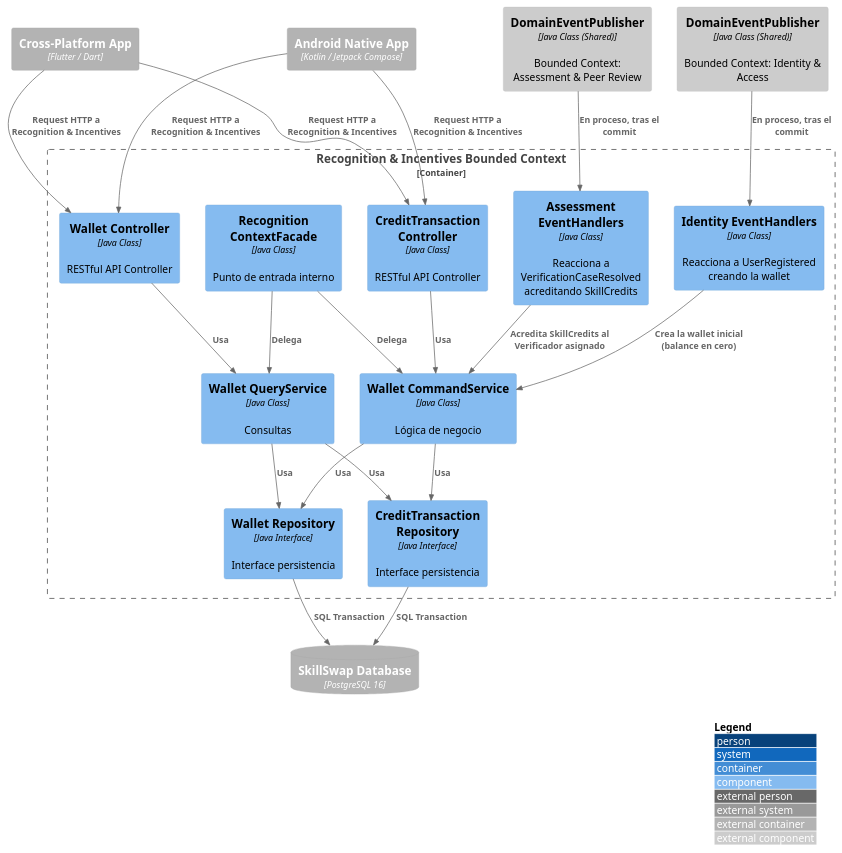
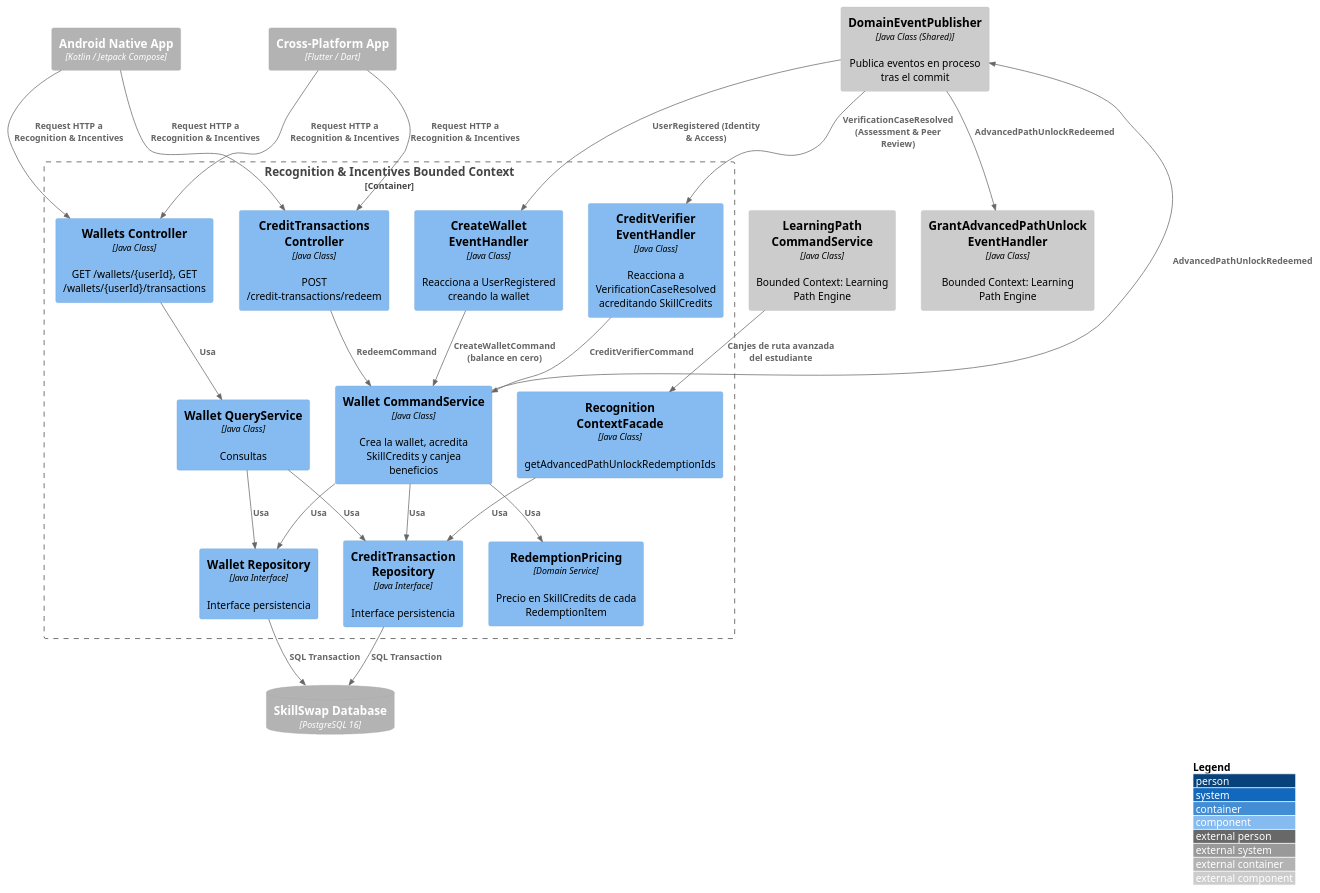
The diagram in DB&C4/Component Diagram — Payments & Wallet.puml (Aplicaciones-Dispositivos-Moviles/SkillSwap-ProjectReport), drawn with PlantUML before and after one commit. The commit also changed 49 other files, not shown here.

```diff
--- a/DB&C4/Component Diagram — Payments & Wallet.puml
+++ b/DB&C4/Component Diagram — Payments & Wallet.puml
@@ -1,49 +1,54 @@
 @startuml RecognitionIncentivesComponent
 !include https://raw.githubusercontent.com/plantuml-stdlib/C4-PlantUML/master/C4_Component.puml
 
 LAYOUT_WITH_LEGEND()
 
 Container_Ext(androidApp, "Android Native App", "Kotlin / Jetpack Compose")
 Container_Ext(flutterApp, "Cross-Platform App", "Flutter / Dart")
 ContainerDb_Ext(mainDB, "SkillSwap Database", "PostgreSQL 16")
 
 Container_Boundary(recognitionBC, "Recognition & Incentives Bounded Context") {
-    Component(walletController, "Wallet Controller", "Java Class", "RESTful API Controller")
-    Component(creditTransactionController, "CreditTransaction Controller", "Java Class", "RESTful API Controller")
-    Component(walletCommandService, "Wallet CommandService", "Java Class", "Lógica de negocio")
+    Component(walletController, "Wallets Controller", "Java Class", "GET /wallets/{userId}, GET /wallets/{userId}/transactions")
+    Component(creditTransactionController, "CreditTransactions Controller", "Java Class", "POST /credit-transactions/redeem")
+    Component(walletCommandService, "Wallet CommandService", "Java Class", "Crea la wallet, acredita SkillCredits y canjea beneficios")
     Component(walletQueryService, "Wallet QueryService", "Java Class", "Consultas")
-    Component(identityEventHandlers, "Identity EventHandlers", "Java Class", "Reacciona a UserRegistered creando la wallet")
-    Component(assessmentEventHandlers, "Assessment EventHandlers", "Java Class", "Reacciona a VerificationCaseResolved acreditando SkillCredits")
+    Component(redemptionPricing, "RedemptionPricing", "Domain Service", "Precio en SkillCredits de cada RedemptionItem")
+    Component(createWalletHandler, "CreateWallet EventHandler", "Java Class", "Reacciona a UserRegistered creando la wallet")
+    Component(creditVerifierHandler, "CreditVerifier EventHandler", "Java Class", "Reacciona a VerificationCaseResolved acreditando SkillCredits")
     Component(walletRepository, "Wallet Repository", "Java Interface", "Interface persistencia")
     Component(creditTransactionRepository, "CreditTransaction Repository", "Java Interface", "Interface persistencia")
-    Component(recognitionContextFacade, "Recognition ContextFacade", "Java Class", "Punto de entrada interno")
+    Component(recognitionContextFacade, "Recognition ContextFacade", "Java Class", "getAdvancedPathUnlockRedemptionIds")
 }
 
-Component_Ext(identityDomainEventPublisher, "DomainEventPublisher", "Java Class (Shared)", "Bounded Context: Identity & Access")
-Component_Ext(assessmentDomainEventPublisher, "DomainEventPublisher", "Java Class (Shared)", "Bounded Context: Assessment & Peer Review")
+Component_Ext(domainEventPublisher, "DomainEventPublisher", "Java Class (Shared)", "Publica eventos en proceso tras el commit")
+Component_Ext(grantUnlockHandler, "GrantAdvancedPathUnlock EventHandler", "Java Class", "Bounded Context: Learning Path Engine")
+Component_Ext(pathEngineCommandService, "LearningPath CommandService", "Java Class", "Bounded Context: Learning Path Engine")
 
 Rel(androidApp, walletController, "Request HTTP a Recognition & Incentives")
 Rel(flutterApp, walletController, "Request HTTP a Recognition & Incentives")
 Rel(androidApp, creditTransactionController, "Request HTTP a Recognition & Incentives")
 Rel(flutterApp, creditTransactionController, "Request HTTP a Recognition & Incentives")
 
 Rel(walletController, walletQueryService, "Usa")
-Rel(creditTransactionController, walletCommandService, "Usa")
+Rel(creditTransactionController, walletCommandService, "RedeemCommand")
 
+Rel(walletCommandService, redemptionPricing, "Usa")
 Rel(walletCommandService, walletRepository, "Usa")
 Rel(walletCommandService, creditTransactionRepository, "Usa")
 Rel(walletQueryService, walletRepository, "Usa")
 Rel(walletQueryService, creditTransactionRepository, "Usa")
 Rel(walletRepository, mainDB, "SQL Transaction")
 Rel(creditTransactionRepository, mainDB, "SQL Transaction")
 
-Rel(identityDomainEventPublisher, identityEventHandlers, "En proceso, tras el commit")
-Rel(identityEventHandlers, walletCommandService, "Crea la wallet inicial (balance en cero)")
+Rel(domainEventPublisher, createWalletHandler, "UserRegistered (Identity & Access)")
+Rel(createWalletHandler, walletCommandService, "CreateWalletCommand (balance en cero)")
+Rel(domainEventPublisher, creditVerifierHandler, "VerificationCaseResolved (Assessment & Peer Review)")
+Rel(creditVerifierHandler, walletCommandService, "CreditVerifierCommand")
 
-Rel(assessmentDomainEventPublisher, assessmentEventHandlers, "En proceso, tras el commit")
-Rel(assessmentEventHandlers, walletCommandService, "Acredita SkillCredits al Verificador asignado")
+Rel(walletCommandService, domainEventPublisher, "AdvancedPathUnlockRedeemed")
+Rel(domainEventPublisher, grantUnlockHandler, "AdvancedPathUnlockRedeemed")
 
-Rel(recognitionContextFacade, walletCommandService, "Delega")
-Rel(recognitionContextFacade, walletQueryService, "Delega")
+Rel(recognitionContextFacade, creditTransactionRepository, "Usa")
+Rel(pathEngineCommandService, recognitionContextFacade, "Canjes de ruta avanzada del estudiante")
 
 @enduml
```
